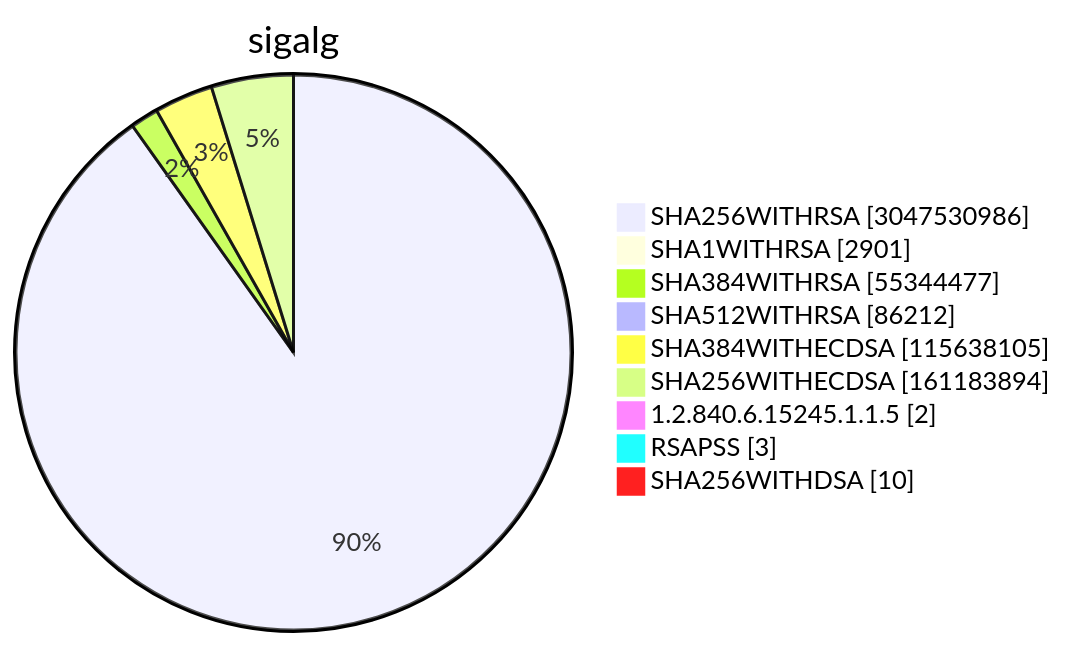
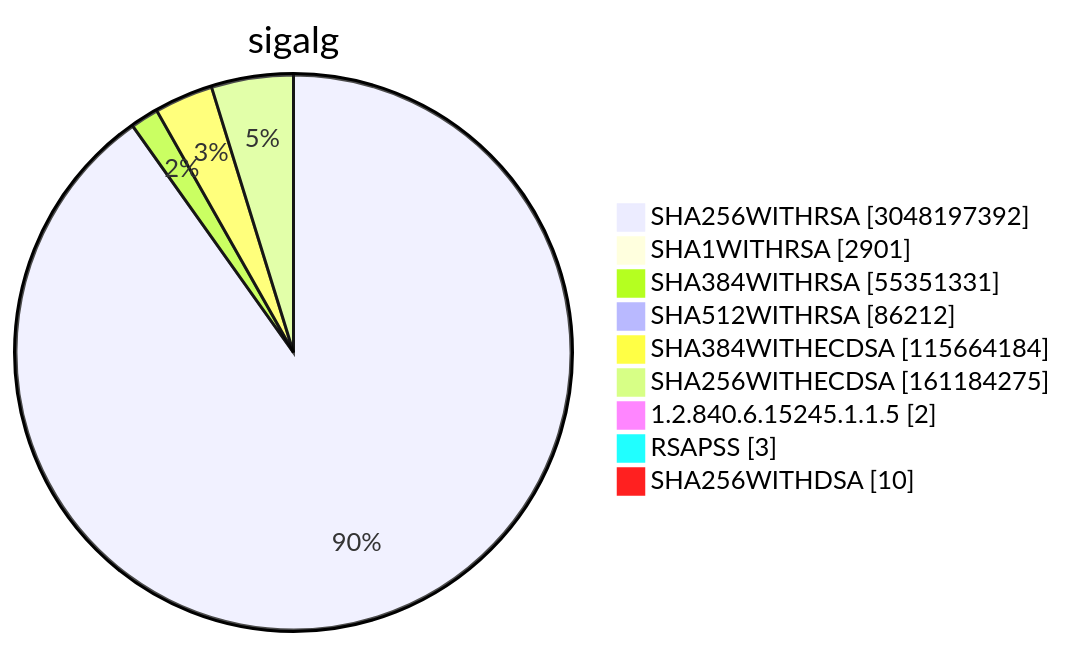
Before and after one commit to christiankrug/ctmonitor_visualization: diagram 15 of 15 in TOTAL/README.md, drawn with Mermaid. The commit also changed other lines of this file, not shown here.

````diff
--- a/TOTAL/README.md
+++ b/TOTAL/README.md
@@ -6208,13 +6208,13 @@
 ```mermaid
 pie showData
 title sigalg
-"SHA256WITHRSA" :3047530986
+"SHA256WITHRSA" :3048197392
 "SHA1WITHRSA" :2901
-"SHA384WITHRSA" :55344477
+"SHA384WITHRSA" :55351331
 "SHA512WITHRSA" :86212
-"SHA384WITHECDSA" :115638105
-"SHA256WITHECDSA" :161183894
+"SHA384WITHECDSA" :115664184
+"SHA256WITHECDSA" :161184275
 "1.2.840.6.15245.1.1.5" :2
 "RSAPSS" :3
 "SHA256WITHDSA" :10
 ```
````
